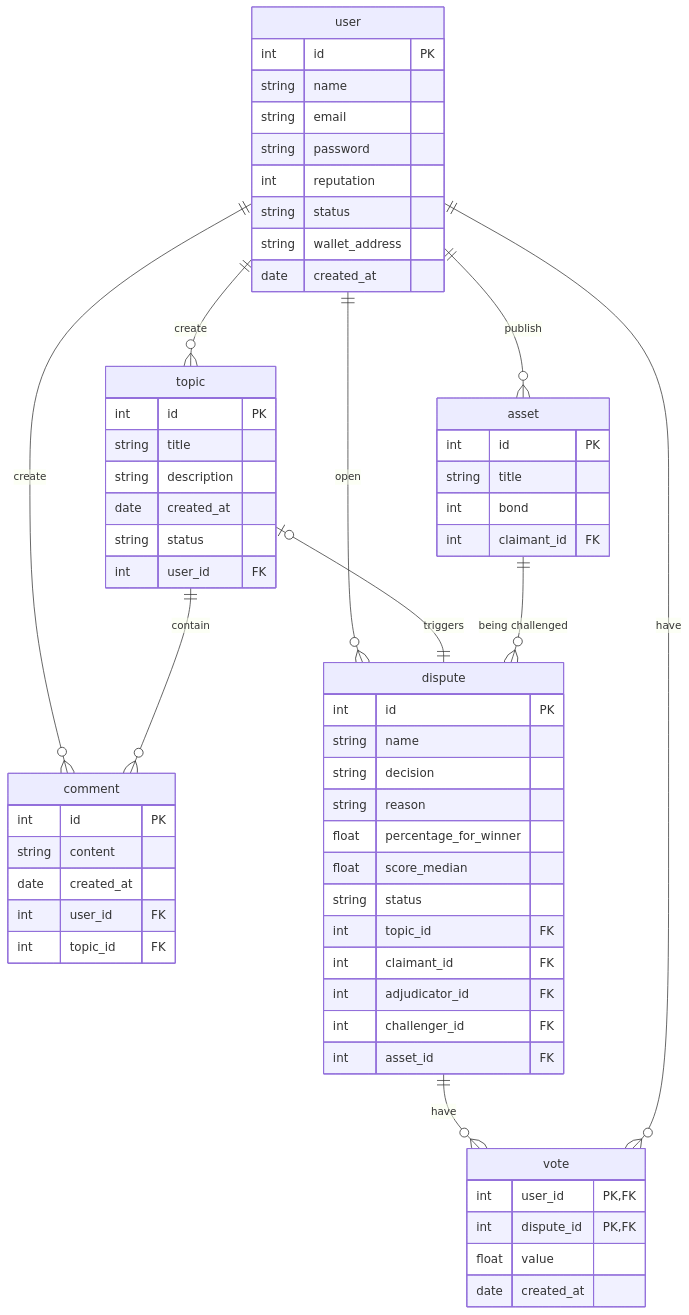
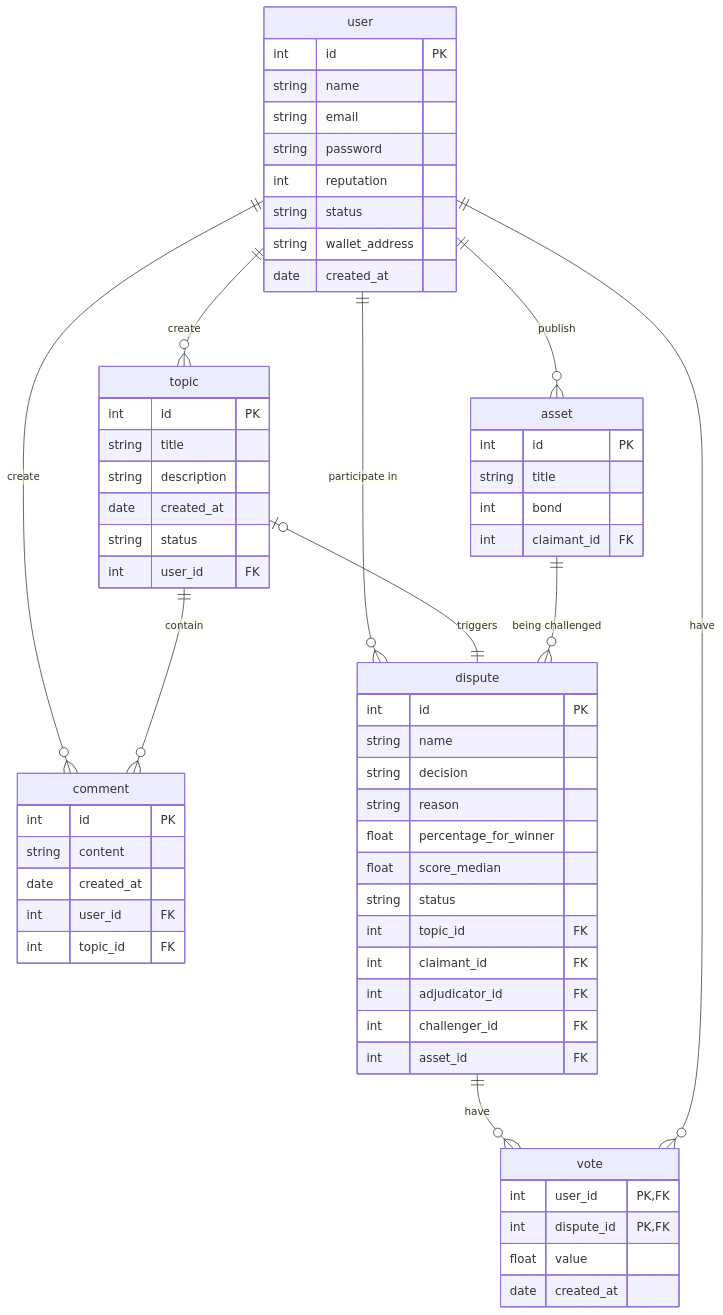
The diagram in notes/ERD.md (doyouwantto2/prototype), drawn with Mermaid before and after one commit.

Commit message:
update: rewrite syntax

````diff
--- a/notes/ERD.md
+++ b/notes/ERD.md
@@ -1,69 +1,69 @@
 ```mermaid
 erDiagram
     user ||--o{ topic : create
     user ||--o{ comment : create
     topic ||--o{ comment : contain
-    user ||--o{ dispute : open
+    user ||--o{ dispute : "participate in"
     topic |o--|| dispute : triggers
     dispute ||--o{ vote : have
     user ||--o{ vote : have
     asset ||--o{ dispute : "being challenged"
     user ||--o{ asset : publish
 
     user {
         int id PK
         string name
         string email
         string password
         int reputation
         string status
         string wallet_address
         date created_at
     }
 
     topic {
         int id PK
         string title
         string description
         date created_at
         string status
         int user_id FK
     }
 
     comment {
         int id PK
         string content
         date created_at
         int user_id FK
         int topic_id FK
     }
 
     asset {
         int id PK
         string title
         int bond
         int claimant_id FK
     }
 
     dispute {
         int id PK
         string name
         string decision
         string reason
         float percentage_for_winner
         float score_median
         string status
         int topic_id FK
         int claimant_id FK
         int adjudicator_id FK
         int challenger_id FK
         int asset_id FK
     }
 
     vote {
         int user_id "PK,FK"
         int dispute_id "PK,FK"
         float value
         date created_at
     }
 ```
````
